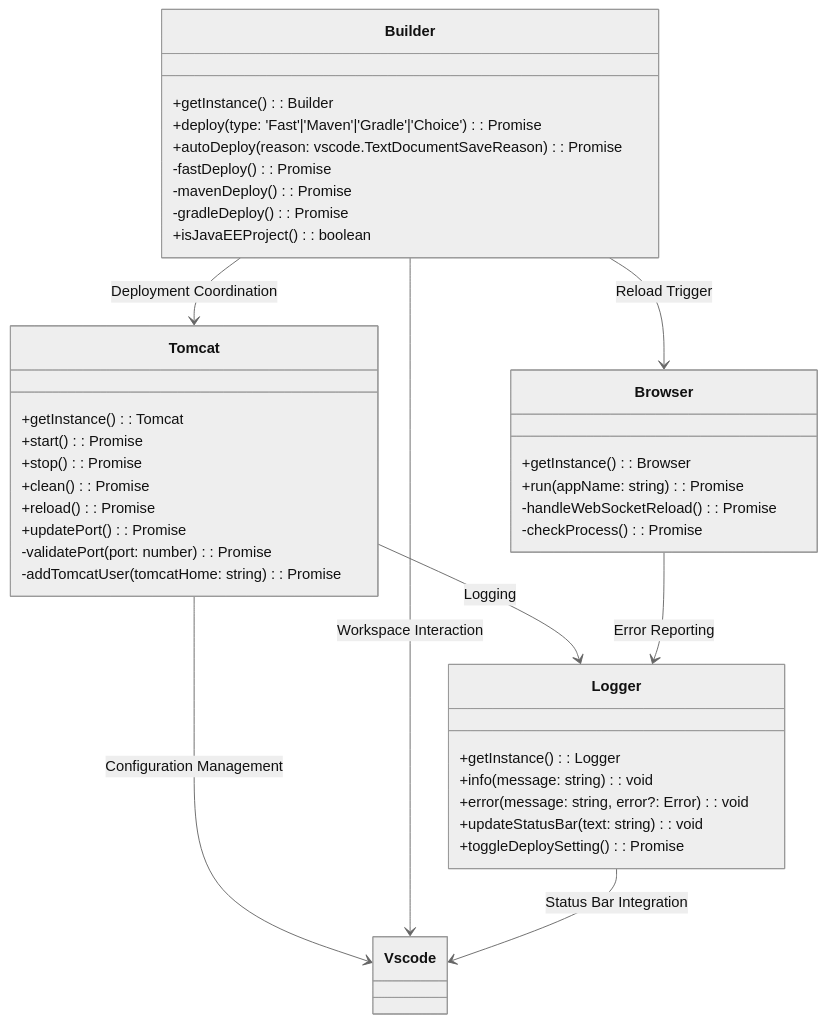
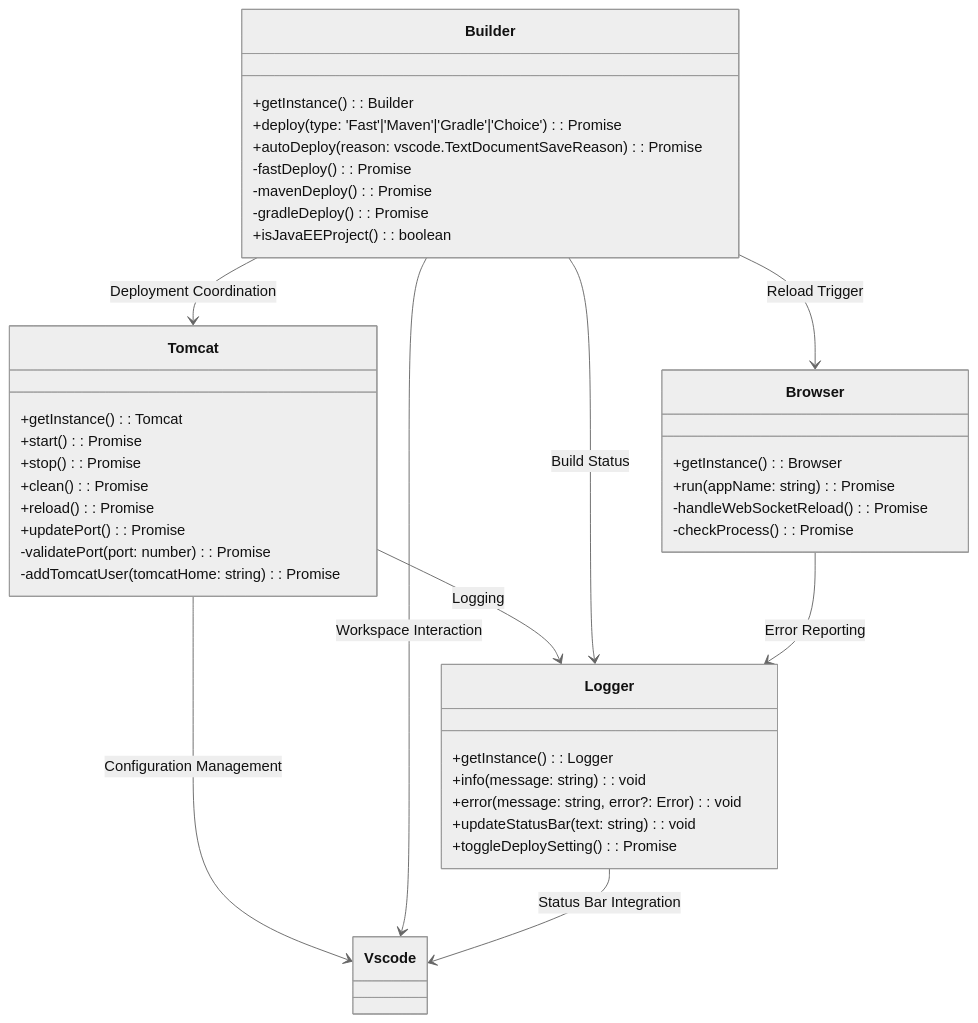
The first of 2 diagrams in docs/ARCHITECTURE.md (Al-rimi/tomcat), drawn with Mermaid (neutral theme) before and after one commit. The commit also changed other lines of this file and 4 other files, not shown here.

````diff
--- a/docs/ARCHITECTURE.md
+++ b/docs/ARCHITECTURE.md
@@ -5,48 +5,49 @@
 ```mermaid
 classDiagram
     class Tomcat {
         +getInstance(): Tomcat
         +start(): Promise<void>
         +stop(): Promise<void>
         +clean(): Promise<void>
         +reload(): Promise<void>
         +updatePort(): Promise<void>
         -validatePort(port: number): Promise<void>
         -addTomcatUser(tomcatHome: string): Promise<void>
     }
     
     class Builder {
         +getInstance(): Builder
         +deploy(type: 'Fast'|'Maven'|'Gradle'|'Choice'): Promise<void>
         +autoDeploy(reason: vscode.TextDocumentSaveReason): Promise<void>
         -fastDeploy(): Promise<void>
         -mavenDeploy(): Promise<void>
         -gradleDeploy(): Promise<void>
         +isJavaEEProject(): boolean
     }
     
     class Browser {
         +getInstance(): Browser
         +run(appName: string): Promise<void>
         -handleWebSocketReload(): Promise<void>
         -checkProcess(): Promise<boolean>
     }
     
     class Logger {
         +getInstance(): Logger
         +info(message: string): void
         +error(message: string, error?: Error): void
         +updateStatusBar(text: string): void
         +toggleDeploySetting(): Promise<void>
     }
     
     class Vscode
     
     Tomcat --> Logger : Logging
     Builder --> Tomcat : Deployment Coordination
     Builder --> Browser : Reload Trigger
+    Builder --> Logger : Build Status
     Browser --> Logger : Error Reporting
     Tomcat --> Vscode : Configuration Management
     Builder --> Vscode : Workspace Interaction
     Logger --> Vscode : Status Bar Integration
 ```
````
